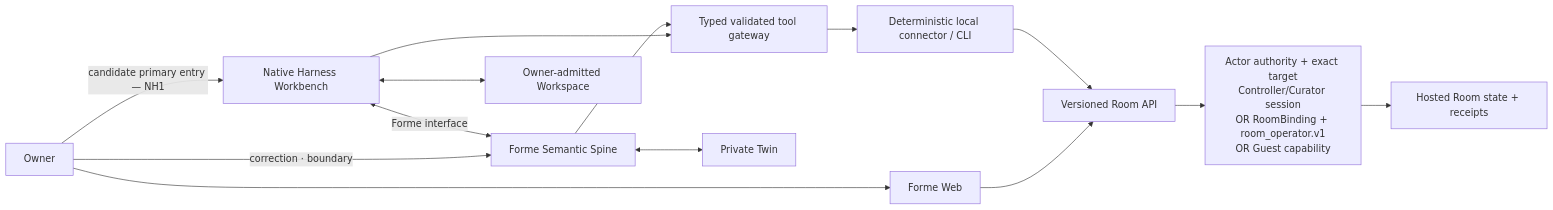
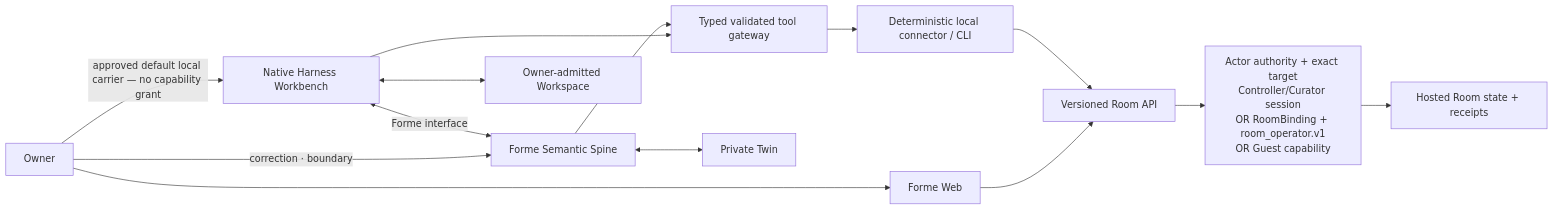
One commit to formehq/forme changed the second of 2 diagrams in docs/R4-TECHNICAL-OWNER-REVIEW.md. Above: the diagram before and after it, drawn with Mermaid. The commit also changed other lines of this file and 17 other files, not shown here.

Commit message:
Approve Native Harness choices and prepare T3

````diff
--- a/docs/R4-TECHNICAL-OWNER-REVIEW.md
+++ b/docs/R4-TECHNICAL-OWNER-REVIEW.md
@@ -474,16 +483,16 @@
 ```mermaid
 flowchart LR
     Owner["Owner"] --> Web["Forme Web"]
-    Owner -->|"candidate primary entry — NH1"| Workbench["Native Harness Workbench"]
+    Owner -->|"approved default local carrier — no capability grant"| Workbench["Native Harness Workbench"]
     Owner -->|"correction · boundary"| Spine["Forme Semantic Spine"]
     Workbench <-->|"Forme interface"| Spine
     Workbench --> Tool["Typed validated tool gateway"]
     Spine --> Tool
     Tool --> Connector["Deterministic local connector / CLI"]
     Web --> API["Versioned Room API"]
     Connector --> API
     API --> Auth["Actor authority + exact target<br/>Controller/Curator session<br/>OR RoomBinding + room_operator.v1<br/>OR Guest capability"]
     Auth --> Hosted["Hosted Room state + receipts"]
     Workbench <--> Workspace["Owner-admitted Workspace"]
     Spine <--> Twin["Private Twin"]
 ```
````
